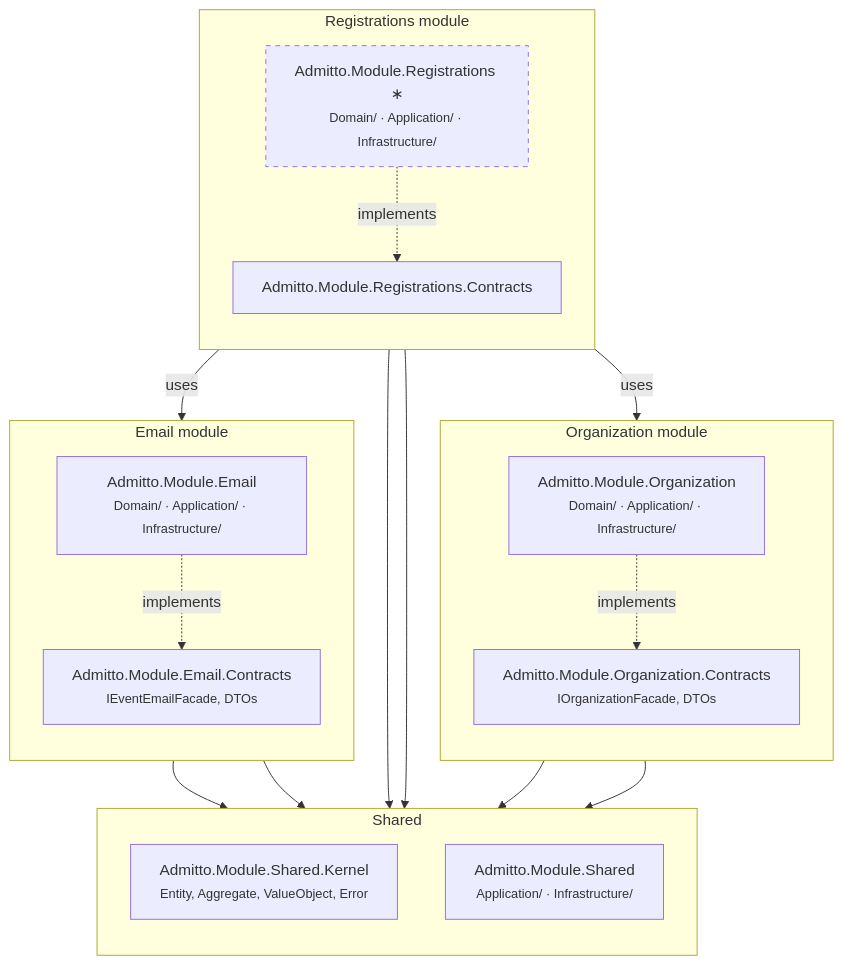
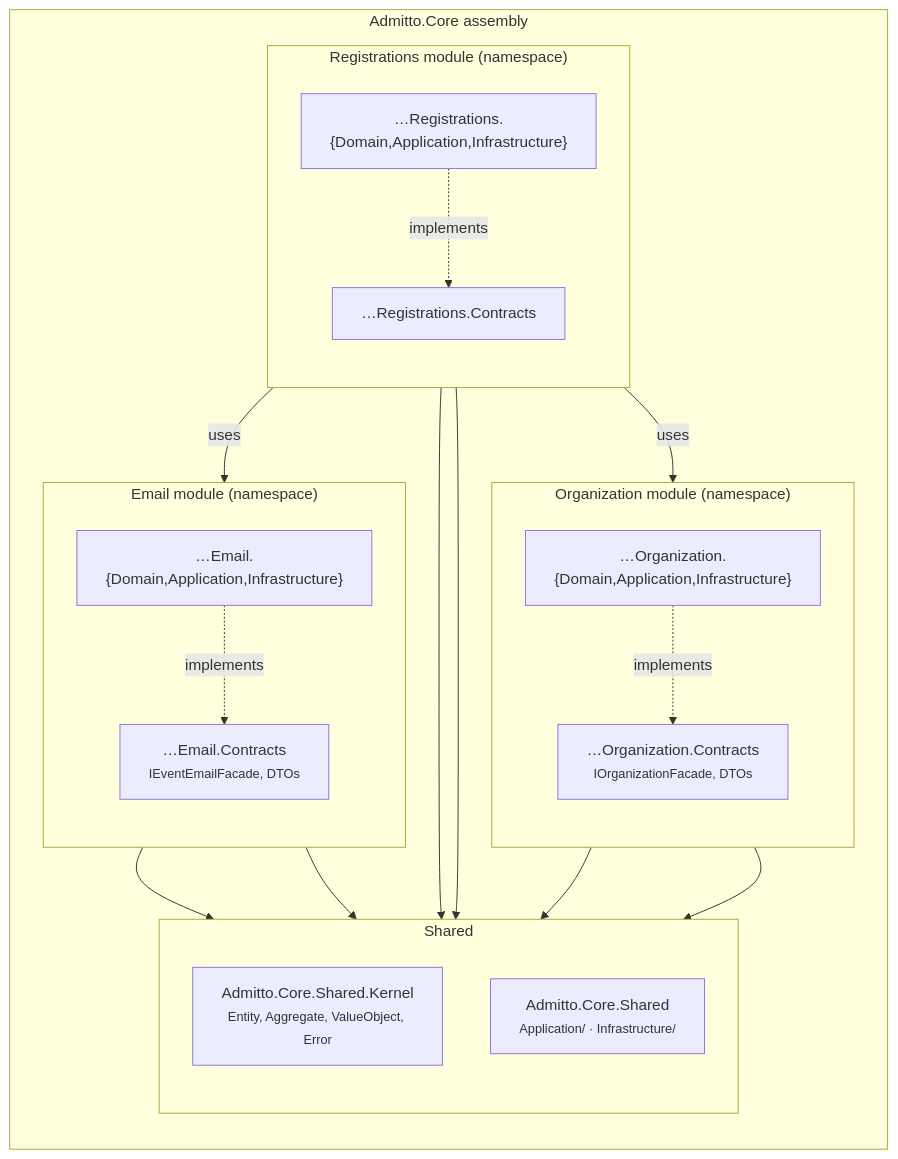
One commit to amolenk/Admitto changed the second of 2 diagrams in docs/arc42/05-building-block-view.md. Above: the diagram before and after it, drawn with Mermaid. The commit also changed other lines of this file and 1405 other files, not shown here.

````diff
--- a/docs/arc42/05-building-block-view.md
+++ b/docs/arc42/05-building-block-view.md
@@ -56,40 +81,42 @@
 ```mermaid
 flowchart TB
-  subgraph org["Organization module"]
+  subgraph core["Admitto.Core assembly"]
     direction TB
-    OrgContracts["Admitto.Module.Organization.Contracts<br/><small>IOrganizationFacade, DTOs</small>"]
-    OrgMain["Admitto.Module.Organization<br/><small>Domain/ · Application/ · Infrastructure/</small>"]
-    OrgMain -.->|implements| OrgContracts
+
+    subgraph shared["Shared"]
+      direction TB
+      Kernel["Admitto.Core.Shared.Kernel<br/><small>Entity, Aggregate, ValueObject, Error</small>"]
+      SharedApp["Admitto.Core.Shared<br/><small>Application/ · Infrastructure/</small>"]
+    end
+
+    subgraph org["Organization module (namespace)"]
+      direction TB
+      OrgContracts["…Organization.Contracts<br/><small>IOrganizationFacade, DTOs</small>"]
+      OrgMain["…Organization.{Domain,Application,Infrastructure}"]
+      OrgMain -.->|implements| OrgContracts
+    end
+
+    subgraph reg["Registrations module (namespace)"]
+      direction TB
+      RegContracts["…Registrations.Contracts"]
+      RegMain["…Registrations.{Domain,Application,Infrastructure}"]
+      RegMain -.->|implements| RegContracts
+    end
+
+    subgraph email["Email module (namespace)"]
+      direction TB
+      EmailContracts["…Email.Contracts<br/><small>IEventEmailFacade, DTOs</small>"]
+      EmailMain["…Email.{Domain,Application,Infrastructure}"]
+      EmailMain -.->|implements| EmailContracts
+    end
+
+    RegMain -->|uses| OrgContracts
+    RegMain -->|uses| EmailContracts
+    OrgMain --> Kernel
+    RegMain --> Kernel
+    EmailMain --> Kernel
+    OrgMain --> SharedApp
+    RegMain --> SharedApp
+    EmailMain --> SharedApp
   end
-
-  subgraph reg["Registrations module"]
-    direction TB
-    RegContracts["Admitto.Module.Registrations.Contracts"]
-    RegMain["Admitto.Module.Registrations ∗<br/><small>Domain/ · Application/ · Infrastructure/</small>"]
-    RegMain -.->|implements| RegContracts
-  end
-
-  subgraph email["Email module"]
-    direction TB
-    EmailContracts["Admitto.Module.Email.Contracts<br/><small>IEventEmailFacade, DTOs</small>"]
-    EmailMain["Admitto.Module.Email<br/><small>Domain/ · Application/ · Infrastructure/</small>"]
-    EmailMain -.->|implements| EmailContracts
-  end
-
-  subgraph shared["Shared"]
-    direction TB
-    Kernel["Admitto.Module.Shared.Kernel<br/><small>Entity, Aggregate, ValueObject, Error</small>"]
-    SharedMain["Admitto.Module.Shared<br/><small>Application/ · Infrastructure/</small>"]
-  end
-
-  RegMain -->|uses| OrgContracts
-  RegMain -->|uses| EmailContracts
-  OrgMain --> Kernel
-  RegMain --> Kernel
-  EmailMain --> Kernel
-  OrgMain --> SharedMain
-  RegMain --> SharedMain
-  EmailMain --> SharedMain
-
-  style RegMain stroke-dasharray: 5 5
 ```
````
